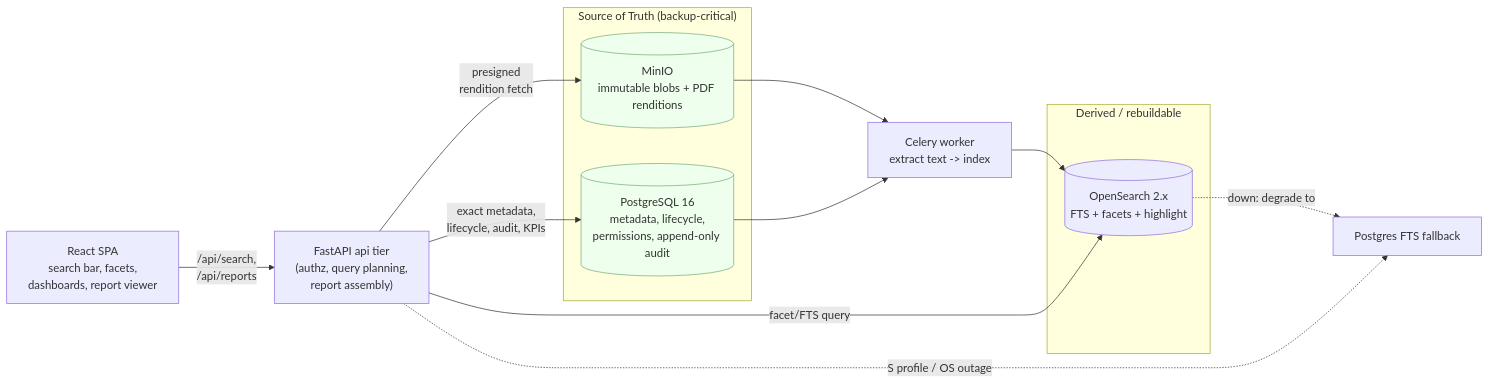
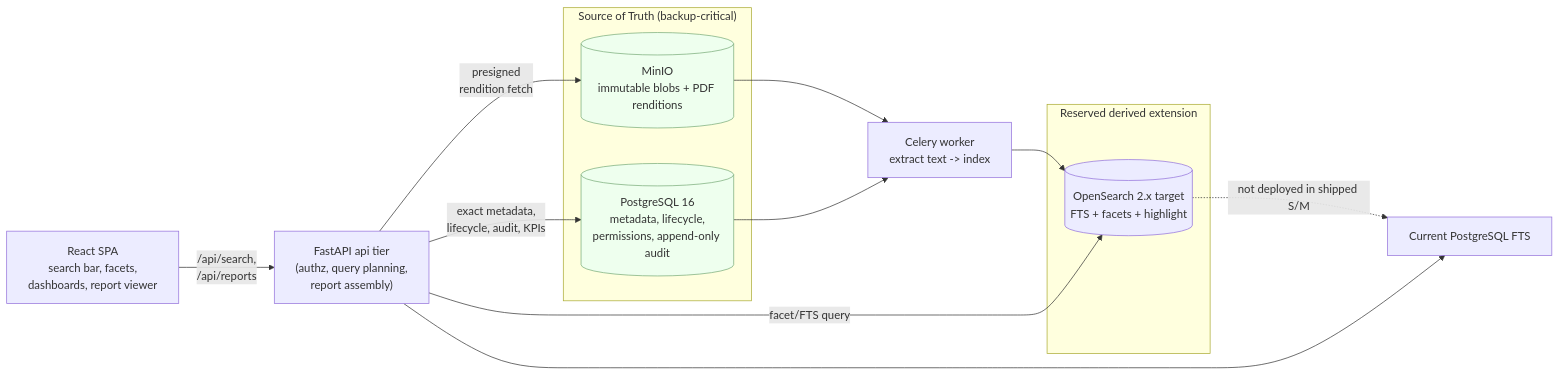
One commit to CoJoA13/EasySynQ changed the first of 4 diagrams in docs/13-search-and-reporting.md. Above: the diagram before and after it, drawn with Mermaid. The commit also changed other lines of this file and 43 other files, not shown here.

````diff
--- a/docs/13-search-and-reporting.md
+++ b/docs/13-search-and-reporting.md
@@ -39,21 +46,21 @@
 ```mermaid
 flowchart LR
     subgraph SoT["Source of Truth (backup-critical)"]
       PG[("PostgreSQL 16\nmetadata, lifecycle,\npermissions, append-only audit")]
       OBJ[("MinIO\nimmutable blobs + PDF renditions")]
     end
-    subgraph Derived["Derived / rebuildable"]
-      IDX[("OpenSearch 2.x\nFTS + facets + highlight")]
+    subgraph Derived["Reserved derived extension"]
+      IDX[("OpenSearch 2.x target\nFTS + facets + highlight")]
     end
     Worker["Celery worker\nextract text -> index"] --> IDX
     OBJ --> Worker
     PG --> Worker
     API["FastAPI api tier\n(authz, query planning,\nreport assembly)"] -->|facet/FTS query| IDX
     API -->|exact metadata,\nlifecycle, audit, KPIs| PG
     API -->|presigned\nrendition fetch| OBJ
     SPA["React SPA\nsearch bar, facets,\ndashboards, report viewer"] -->|/api/search,\n/api/reports| API
-    IDX -. "down: degrade to" .-> PGFTS["Postgres FTS fallback"]
-    API -. "S profile / OS outage" .-> PGFTS
+    IDX -. "not deployed in shipped S/M" .-> PGFTS["Current PostgreSQL FTS"]
+    API --> PGFTS
     classDef sot fill:#efe,stroke:#7a7;
     class PG,OBJ sot;
 ```
````
